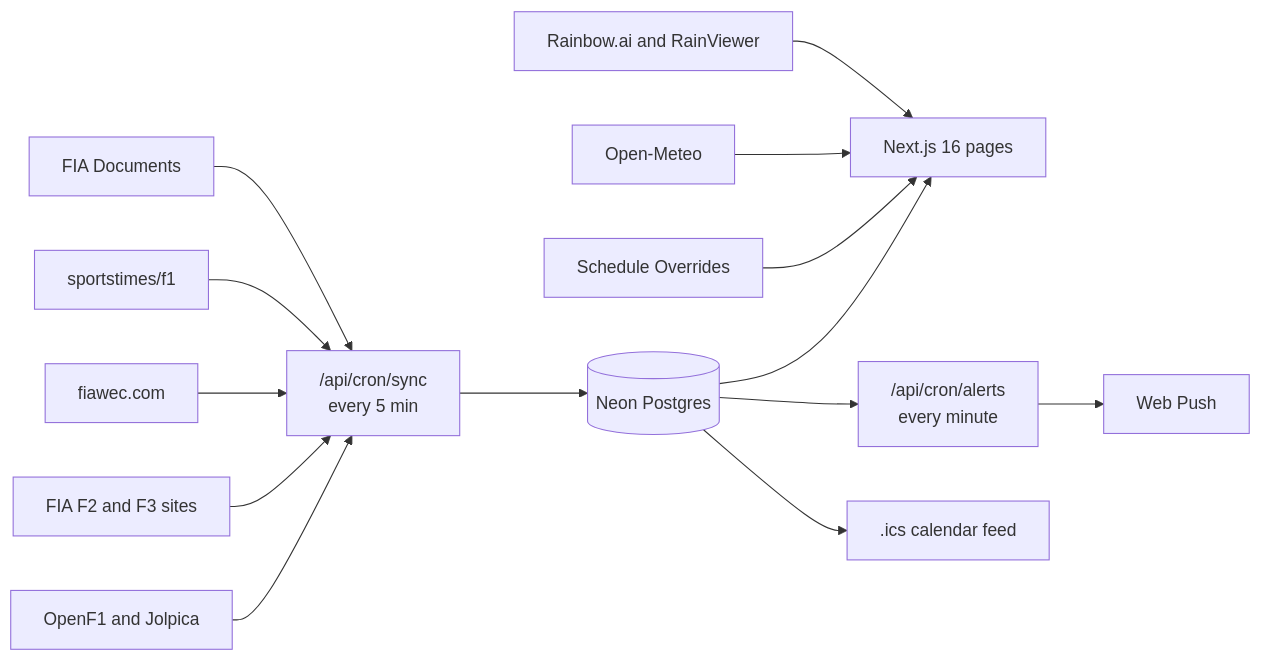
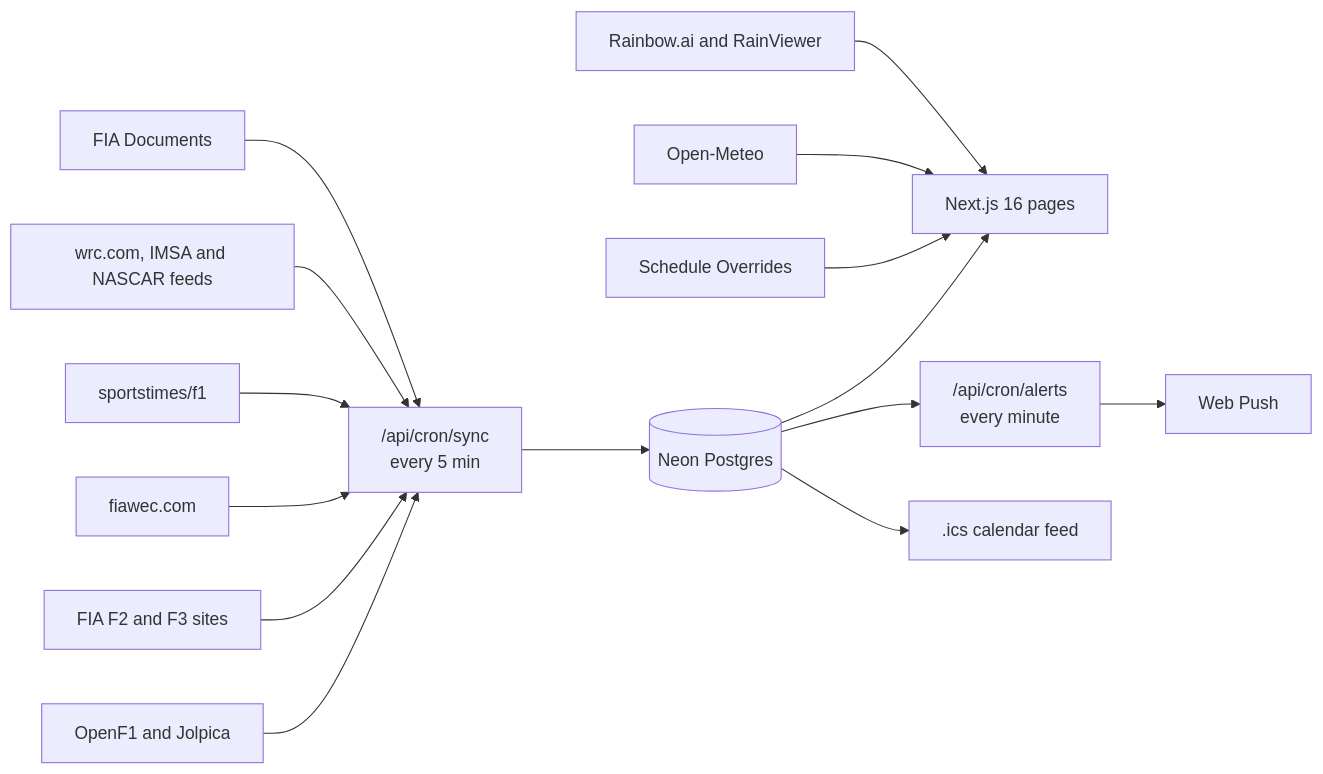
One commit to byalex33/motorsportsinfo.app changed the diagram in README.md. Above: the diagram before and after it, drawn with Mermaid. The commit also changed other lines of this file and 58 other files, not shown here.

First line of the commit message:
Add F1 Academy, WRC, IMSA and NASCAR, and an Other menu in the header

````diff
--- a/README.md
+++ b/README.md
@@ -110,17 +116,18 @@
 ```mermaid
 flowchart LR
   S1["OpenF1 and Jolpica"] --> SYNC
   S2["FIA F2 and F3 sites"] --> SYNC
   S3["fiawec.com"] --> SYNC
   S4["sportstimes/f1"] --> SYNC
+  S6["wrc.com, IMSA and NASCAR feeds"] --> SYNC
   S5["FIA Documents"] --> SYNC
   SYNC["/api/cron/sync<br/>every 5 min"] --> DB[("Neon Postgres")]
 
   DB --> APP["Next.js 16 pages"]
   OV["Schedule Overrides"] --> APP
   OM["Open-Meteo"] --> APP
   RADAR["Rainbow.ai and RainViewer"] --> APP
 
   DB --> ALERTS["/api/cron/alerts<br/>every minute"] --> PUSH["Web Push"]
   DB --> ICS[".ics calendar feed"]
 ```
````
